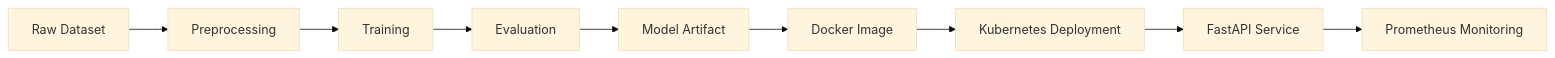
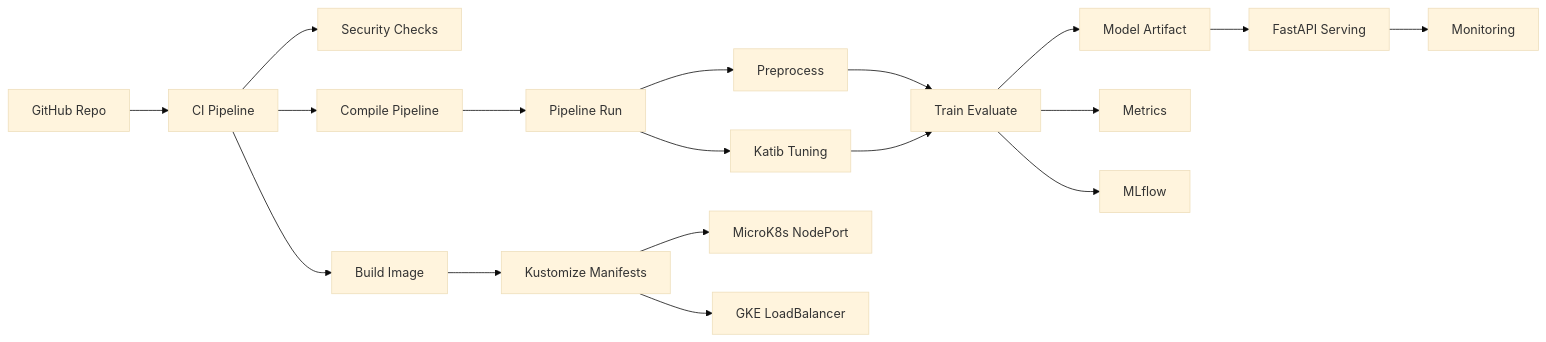
Before and after one commit to moni3004-boop/MLOPS-project: the diagram in README1.md, drawn with Mermaid (base theme).

Commit message:
Update README and remove venv from tracking

````diff
--- a/README1.md
+++ b/README1.md
@@ -351,11 +351,23 @@
 ```mermaid
 flowchart LR
-    A[Raw Dataset] --> B[Preprocessing]
-    B --> C[Training]
-    C --> D[Evaluation]
-    D --> E[Model Artifact]
-    E --> F[Docker Image]
-    F --> G[Kubernetes Deployment]
-    G --> H[FastAPI Service]
-    H --> I[Prometheus Monitoring]
+  G[GitHub Repo] --> A[CI Pipeline]
+  A --> S[Security Checks]
+  A --> P[Compile Pipeline]
+  A --> I[Build Image]
+
+  P --> R[Pipeline Run]
+  R --> PP[Preprocess]
+  PP --> TR[Train Evaluate]
+  TR --> M[Model Artifact]
+  TR --> MET[Metrics]
+  TR --> ML[MLflow]
+  R --> KAT[Katib Tuning]
+  KAT --> TR
+
+  I --> K8S[Kustomize Manifests]
+  K8S --> MK[MicroK8s NodePort]
+  K8S --> GKE[GKE LoadBalancer]
+
+  M --> API[FastAPI Serving]
+  API --> MON[Monitoring]
 ```
````
